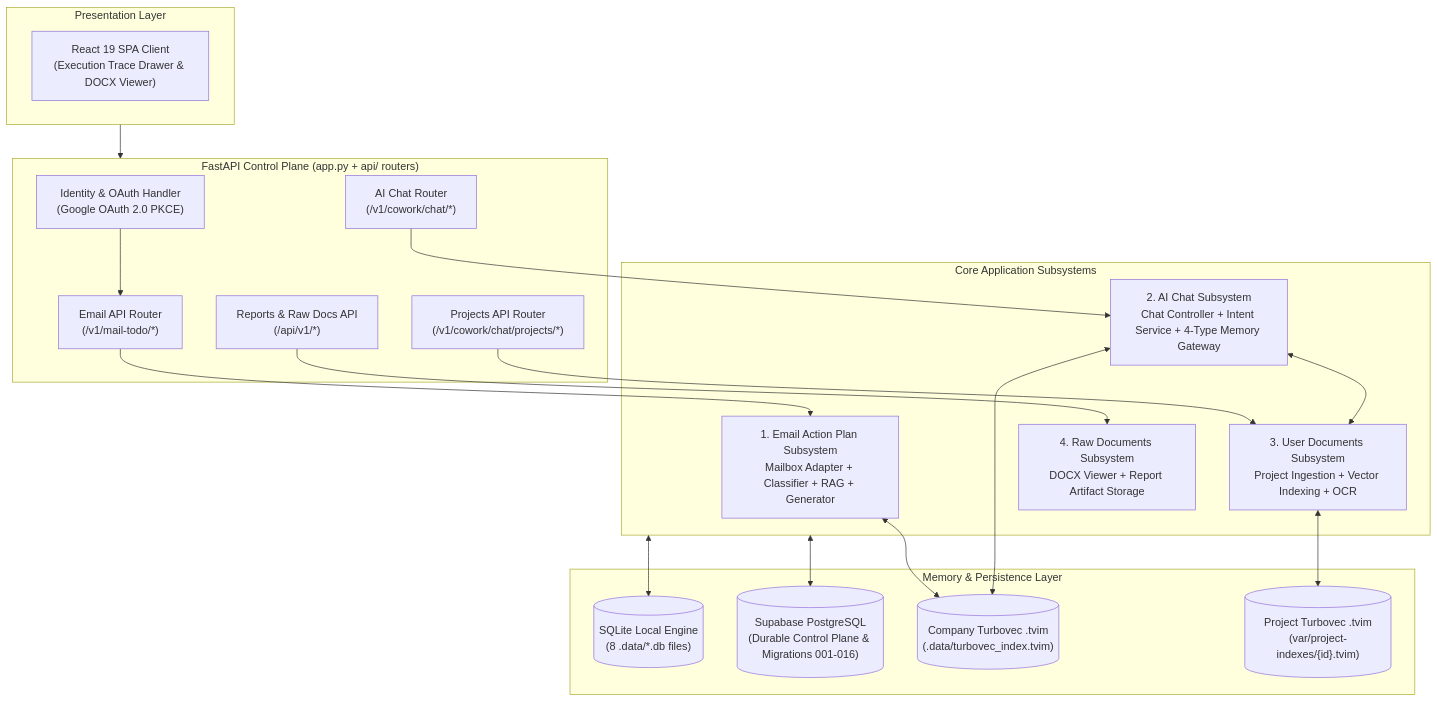
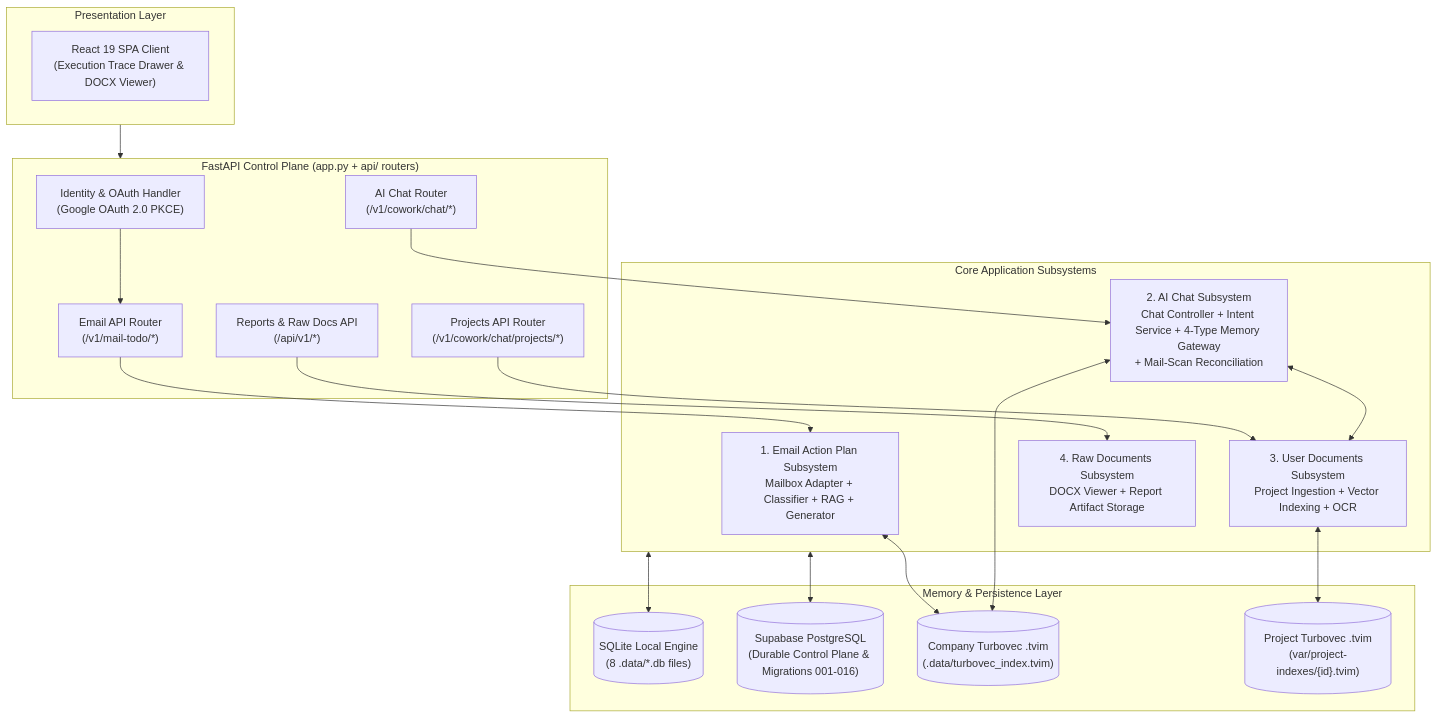
Before and after one commit to MathematicGuy/EMAIL-AGENT-v1: the diagram in docs/architectures/current-architectures/04-overall-architecture.md, drawn with Mermaid. The commit also changed other lines of this file and 7 other files, not shown here.

Commit message:
refactor(chat): move mail scan reconciliation below transport

````diff
--- a/docs/architectures/current-architectures/04-overall-architecture.md
+++ b/docs/architectures/current-architectures/04-overall-architecture.md
@@ -71,44 +72,44 @@
 ```mermaid
 flowchart TB
     subgraph PRESENTATION["Presentation Layer"]
         REACT["React 19 SPA Client<br/>(Execution Trace Drawer & DOCX Viewer)"]
     end
 
     subgraph CONTROL_PLANE["FastAPI Control Plane (app.py + api/ routers)"]
         AUTH["Identity & OAuth Handler<br/>(Google OAuth 2.0 PKCE)"]
         EMAIL_ROUTER["Email API Router<br/>(/v1/mail-todo/*)"]
         CHAT_ROUTER["AI Chat Router<br/>(/v1/cowork/chat/*)"]
         PROJECT_ROUTER["Projects API Router<br/>(/v1/cowork/chat/projects/*)"]
         REPORT_ROUTER["Reports & Raw Docs API<br/>(/api/v1/*)"]
     end
 
     subgraph SUBSYSTEMS["Core Application Subsystems"]
         SUB_EMAIL["1. Email Action Plan Subsystem<br/>Mailbox Adapter + Classifier + RAG + Generator"]
-        SUB_CHAT["2. AI Chat Subsystem<br/>Chat Controller + Intent Service + 4-Type Memory Gateway"]
+        SUB_CHAT["2. AI Chat Subsystem<br/>Chat Controller + Intent Service + 4-Type Memory Gateway<br/>+ Mail-Scan Reconciliation"]
         SUB_DOCS["3. User Documents Subsystem<br/>Project Ingestion + Vector Indexing + OCR"]
         SUB_RAW["4. Raw Documents Subsystem<br/>DOCX Viewer + Report Artifact Storage"]
     end
 
     subgraph MEMORY_STORES["Memory & Persistence Layer"]
         DB_LOCAL[("SQLite Local Engine<br/>(8 .data/*.db files)")]
         DB_PG[("Supabase PostgreSQL<br/>(Durable Control Plane & Migrations 001-016)")]
         VEC_COMPANY[("Company Turbovec .tvim<br/>(.data/turbovec_index.tvim)")]
         VEC_PROJECT[("Project Turbovec .tvim<br/>(var/project-indexes/{id}.tvim)")]
     end
 
     PRESENTATION --> CONTROL_PLANE
     AUTH --> EMAIL_ROUTER
     
     EMAIL_ROUTER --> SUB_EMAIL
     CHAT_ROUTER --> SUB_CHAT
     PROJECT_ROUTER --> SUB_DOCS
     REPORT_ROUTER --> SUB_RAW
 
     SUB_CHAT <--> SUB_DOCS
     SUB_EMAIL <--> VEC_COMPANY
     SUB_CHAT <--> VEC_COMPANY
     SUB_DOCS <--> VEC_PROJECT
 
     SUBSYSTEMS <--> DB_LOCAL
     SUBSYSTEMS <--> DB_PG
 ```
````
